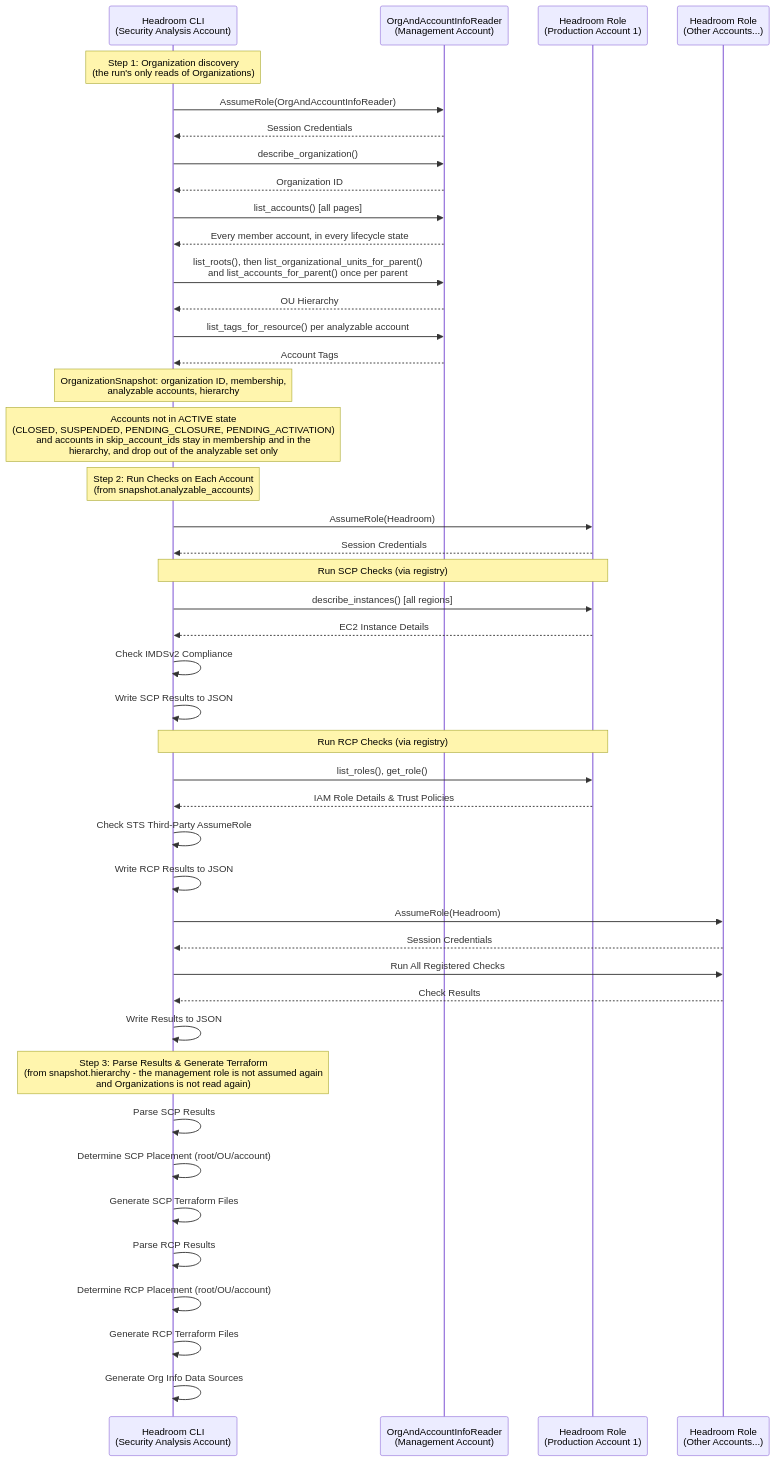
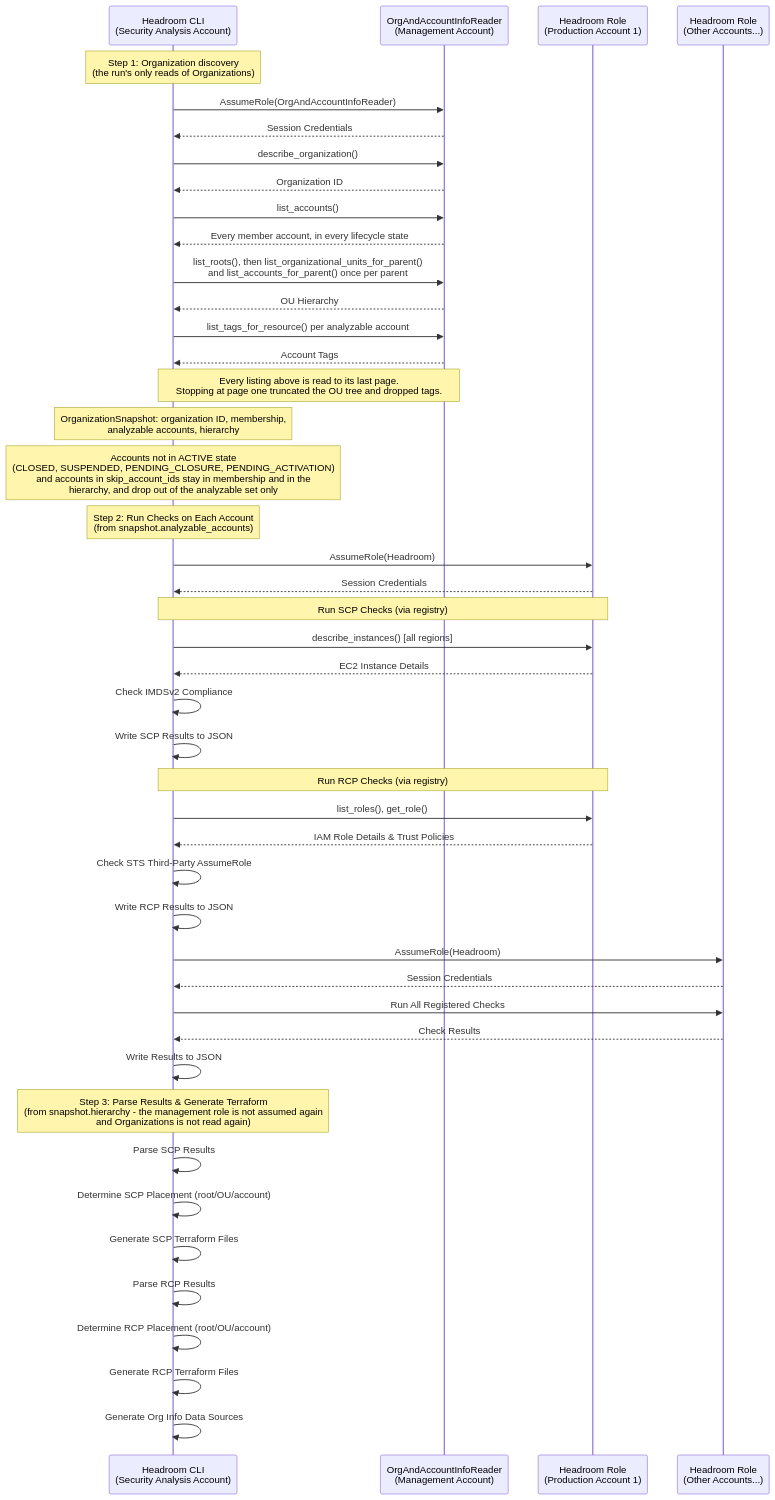
One commit to discocrayon/Headroom changed the diagram in documentation/mermaid_diagrams/execution_flow.md. Above: the diagram before and after it, drawn with Mermaid. The commit also changed 2 other files, not shown here.

Commit message:
Correct three documentation claims the code does not support
AccountInfo's docstring says the flag-unset name path falls back to the
account ID when the Organizations name is empty. It does not:
_determine_account_name reads account["Name"] directly, and says so in its own
docstring, because discovery has already aborted on an account that came back
without a name. The two docstrings stated opposite behaviours.

The sequence diagrams marked list_accounts "[all pages]" and marked nothing on
list_roots or the two per-parent listings, which now reads as "only
list_accounts paginates" -- exactly the bug this branch removed. One note
covering all of them replaces the asymmetric marker.

The specification presented OrganizationSnapshot as simply frozen. The freeze
is one level deep: hierarchy holds ordinary dicts and lists and stays mutable,
which types.py explains and the specification did not mention. The three
operator-visible failure phases were recorded nowhere, so Error Handling names
them.

````diff
--- a/documentation/mermaid_diagrams/execution_flow.md
+++ b/documentation/mermaid_diagrams/execution_flow.md
@@ -5,55 +5,56 @@
 ```mermaid
 sequenceDiagram
     participant Tool as Headroom CLI<br/>(Security Analysis Account)
     participant Mgmt as OrgAndAccountInfoReader<br/>(Management Account)
     participant Prod1 as Headroom Role<br/>(Production Account 1)
     participant ProdN as Headroom Role<br/>(Other Accounts...)
 
     Note over Tool: Step 1: Organization discovery<br/>(the run's only reads of Organizations)
     Tool->>Mgmt: AssumeRole(OrgAndAccountInfoReader)
     Mgmt-->>Tool: Session Credentials
     Tool->>Mgmt: describe_organization()
     Mgmt-->>Tool: Organization ID
-    Tool->>Mgmt: list_accounts() [all pages]
+    Tool->>Mgmt: list_accounts()
     Mgmt-->>Tool: Every member account, in every lifecycle state
     Tool->>Mgmt: list_roots(), then list_organizational_units_for_parent()<br/>and list_accounts_for_parent() once per parent
     Mgmt-->>Tool: OU Hierarchy
     Tool->>Mgmt: list_tags_for_resource() per analyzable account
     Mgmt-->>Tool: Account Tags
+    Note over Tool,Mgmt: Every listing above is read to its last page.<br/>Stopping at page one truncated the OU tree and dropped tags.
     Note over Tool: OrganizationSnapshot: organization ID, membership,<br/>analyzable accounts, hierarchy
     Note over Tool: Accounts not in ACTIVE state<br/>(CLOSED, SUSPENDED, PENDING_CLOSURE, PENDING_ACTIVATION)<br/>and accounts in skip_account_ids stay in membership and in the<br/>hierarchy, and drop out of the analyzable set only
 
     Note over Tool: Step 2: Run Checks on Each Account<br/>(from snapshot.analyzable_accounts)
     Tool->>Prod1: AssumeRole(Headroom)
     Prod1-->>Tool: Session Credentials
 
     Note over Tool,Prod1: Run SCP Checks (via registry)
     Tool->>Prod1: describe_instances() [all regions]
     Prod1-->>Tool: EC2 Instance Details
     Tool->>Tool: Check IMDSv2 Compliance
     Tool->>Tool: Write SCP Results to JSON
 
     Note over Tool,Prod1: Run RCP Checks (via registry)
     Tool->>Prod1: list_roles(), get_role()
     Prod1-->>Tool: IAM Role Details & Trust Policies
     Tool->>Tool: Check STS Third-Party AssumeRole
     Tool->>Tool: Write RCP Results to JSON
 
     Tool->>ProdN: AssumeRole(Headroom)
     ProdN-->>Tool: Session Credentials
     Tool->>ProdN: Run All Registered Checks
     ProdN-->>Tool: Check Results
     Tool->>Tool: Write Results to JSON
 
     Note over Tool: Step 3: Parse Results & Generate Terraform<br/>(from snapshot.hierarchy - the management role is not assumed again<br/>and Organizations is not read again)
 
     Tool->>Tool: Parse SCP Results
     Tool->>Tool: Determine SCP Placement (root/OU/account)
     Tool->>Tool: Generate SCP Terraform Files
 
     Tool->>Tool: Parse RCP Results
     Tool->>Tool: Determine RCP Placement (root/OU/account)
     Tool->>Tool: Generate RCP Terraform Files
 
     Tool->>Tool: Generate Org Info Data Sources
 ```
````
